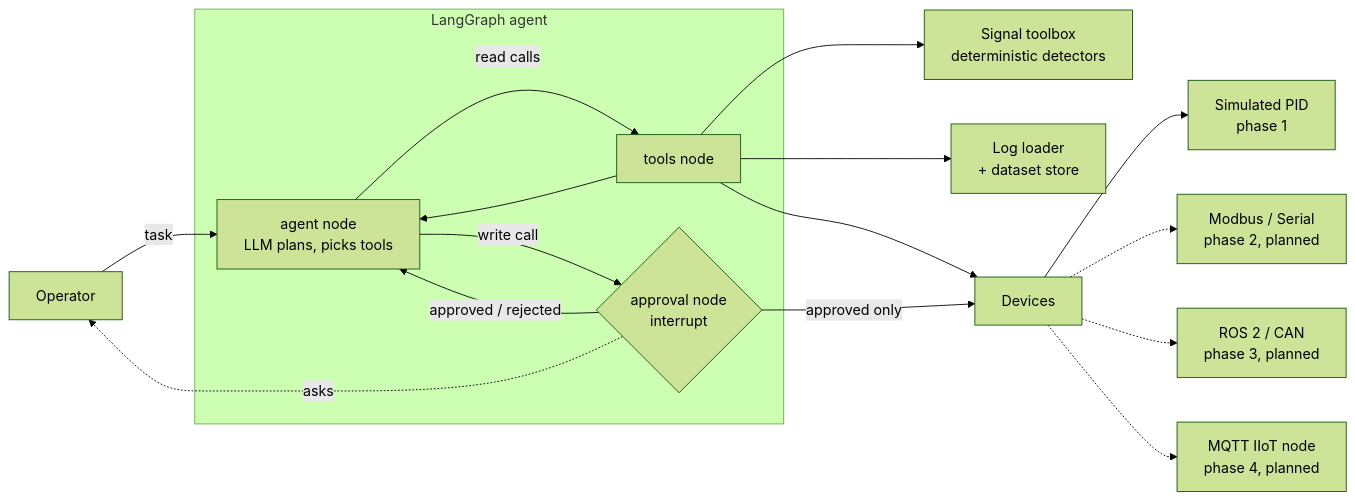
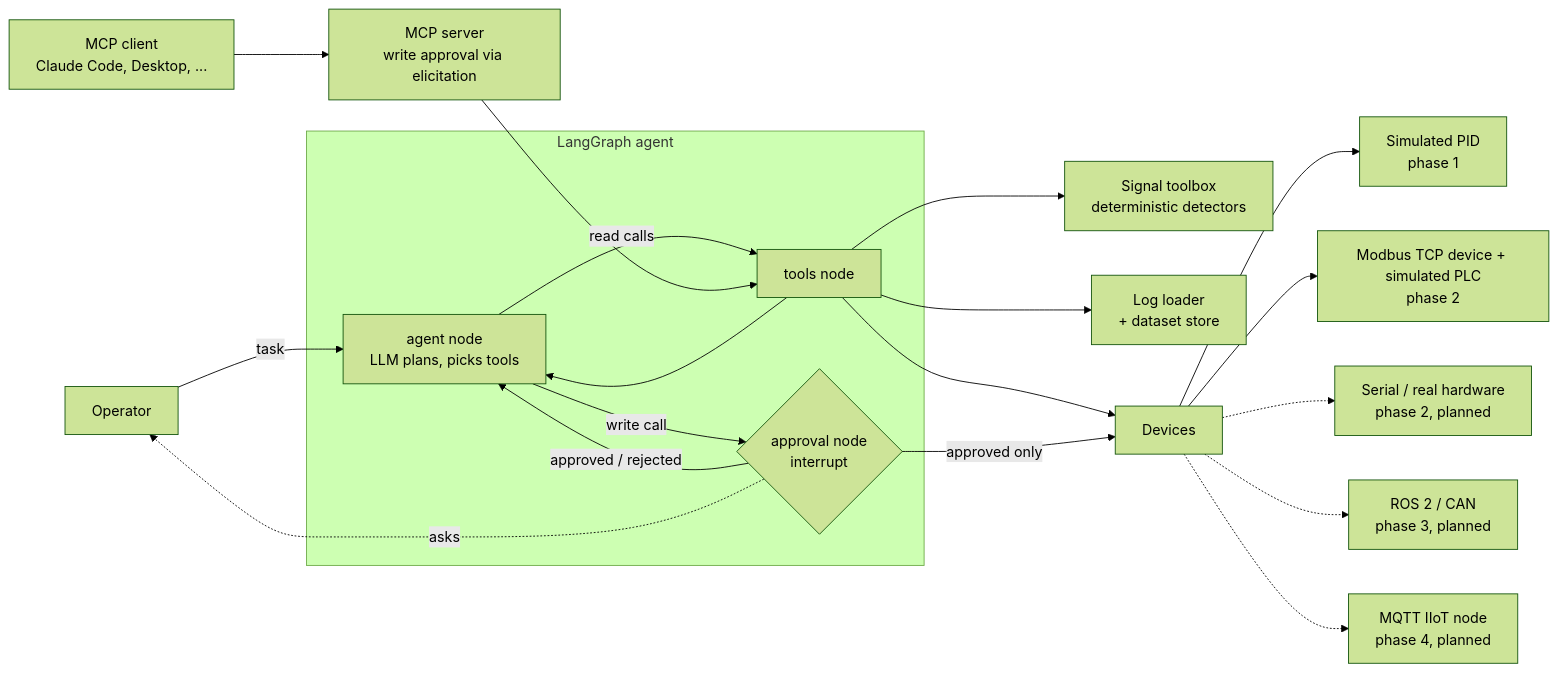
One commit to ihtishamarif/industrial-diagnostics-agent changed the diagram in README.md. Above: the diagram before and after it, drawn with Mermaid (forest theme). The commit also changed other lines of this file, not shown here.

Commit message:
README: document MCP server and Modbus TCP, add lessons and limitations

````diff
--- a/README.md
+++ b/README.md
@@ -50,19 +125,22 @@
 ```mermaid
 flowchart LR
     U[Operator] -- task --> A
     subgraph Agent [LangGraph agent]
         A[agent node<br/>LLM plans, picks tools] -->|read calls| T[tools node]
         T --> A
         A -->|write call| H{approval node<br/>interrupt}
         H -->|approved / rejected| A
     end
     H -. asks .-> U
     T --> S[Signal toolbox<br/>deterministic detectors]
     T --> L[Log loader<br/>+ dataset store]
     T --> D[Devices]
     H -->|approved only| D
     D --> SIM[Simulated PID<br/>phase 1]
-    D -.-> MB[Modbus / Serial<br/>phase 2, planned]
+    D --> MB[Modbus TCP device + simulated PLC<br/>phase 2]
+    D -.-> SER[Serial / real hardware<br/>phase 2, planned]
+    C[MCP client<br/>Claude Code, Desktop, ...] --> MCP[MCP server<br/>write approval via elicitation]
+    MCP --> T
     D -.-> R[ROS 2 / CAN<br/>phase 3, planned]
     D -.-> M[MQTT IIoT node<br/>phase 4, planned]
 ```
````
